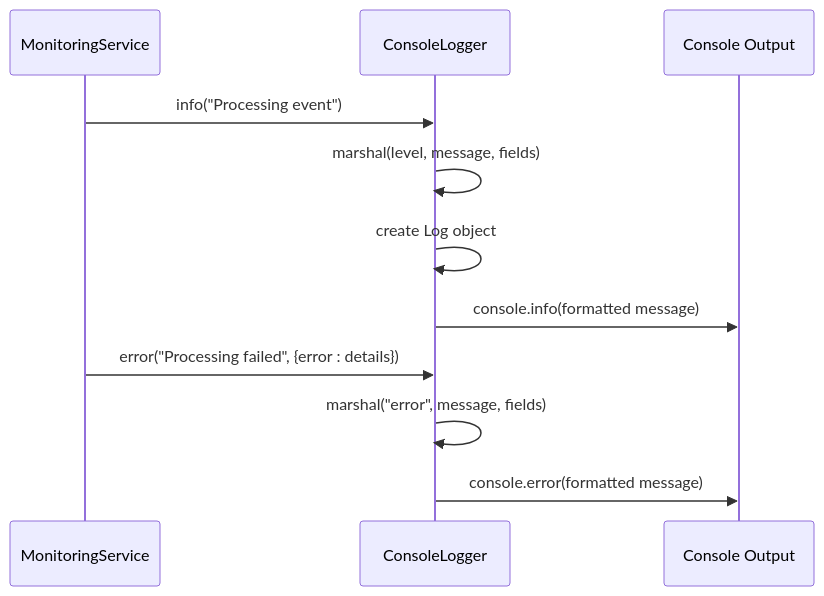
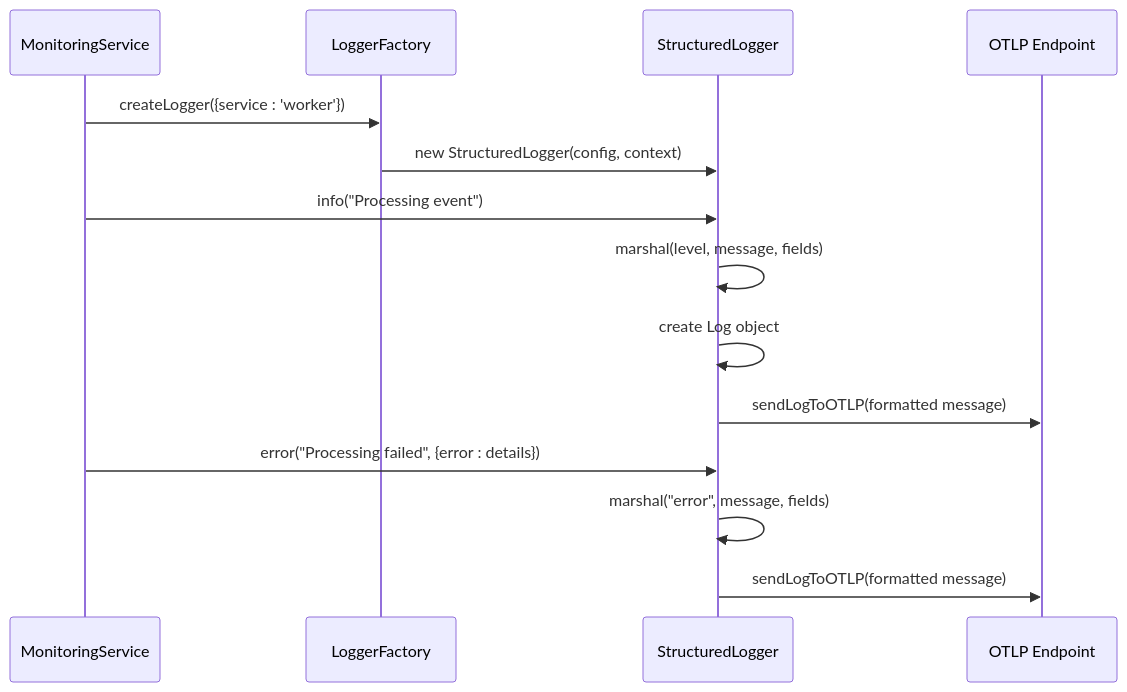
The seventh of 8 diagrams in .qoder/repowiki/en/content/Worker Service.md (smedrec/smart-logs), drawn with Mermaid before and after one commit. The commit also changed other lines of this file and 7 other files, not shown here.

First line of the commit message:
feat(observability): integrate KMS encryption and enhanced OTLP exporter with structured logging

````diff
--- a/.qoder/repowiki/en/content/Worker Service.md
+++ b/.qoder/repowiki/en/content/Worker Service.md
@@ -328,13 +329,16 @@
 ```mermaid
 sequenceDiagram
 participant Service as MonitoringService
-participant Logger as ConsoleLogger
-participant Output as Console Output
+participant LoggerFactory as LoggerFactory
+participant Logger as StructuredLogger
+participant Output as OTLP Endpoint
+Service->>LoggerFactory : createLogger({service : 'worker'})
+LoggerFactory->>Logger : new StructuredLogger(config, context)
 Service->>Logger : info("Processing event")
 Logger->>Logger : marshal(level, message, fields)
 Logger->>Logger : create Log object
-Logger->>Output : console.info(formatted message)
+Logger->>Output : sendLogToOTLP(formatted message)
 Service->>Logger : error("Processing failed", {error : details})
 Logger->>Logger : marshal("error", message, fields)
-Logger->>Output : console.error(formatted message)
+Logger->>Output : sendLogToOTLP(formatted message)
 ```
````
